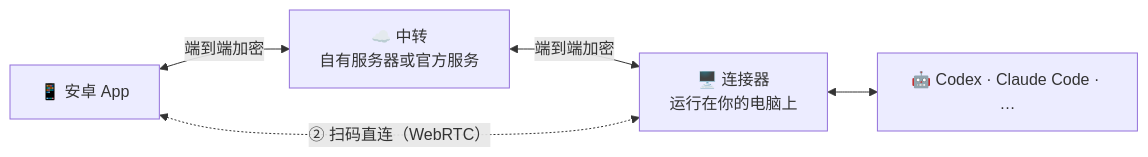
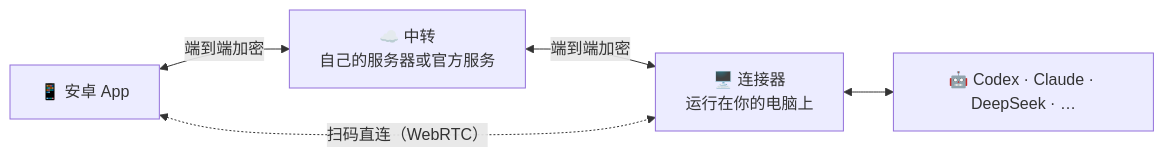
Before and after one commit to khscience/khlink: the diagram in README.md, drawn with Mermaid. The commit also changed other lines of this file and 36 other files, not shown here.

````diff
--- a/README.md
+++ b/README.md
@@ -179,7 +165,7 @@
 ```mermaid
 flowchart LR
-    phone["📱 安卓 App"] <-->|"端到端加密"| relay["☁️ 中转<br/>自有服务器或官方服务"]
+    phone["📱 安卓 App"] <-->|"端到端加密"| relay["☁️ 中转<br/>自己的服务器或官方服务"]
     relay <-->|"端到端加密"| pc["🖥️ 连接器<br/>运行在你的电脑上"]
-    phone <-.->|"② 扫码直连（WebRTC）"| pc
-    pc <--> agents["🤖 Codex · Claude Code · …"]
+    phone <-.->|"扫码直连（WebRTC）"| pc
+    pc <--> agents["🤖 Codex · Claude · DeepSeek · …"]
 ```
````
